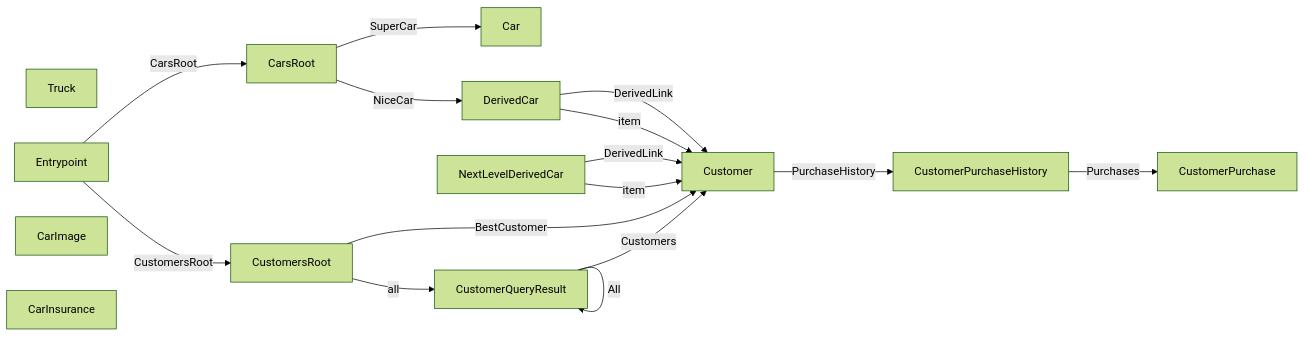
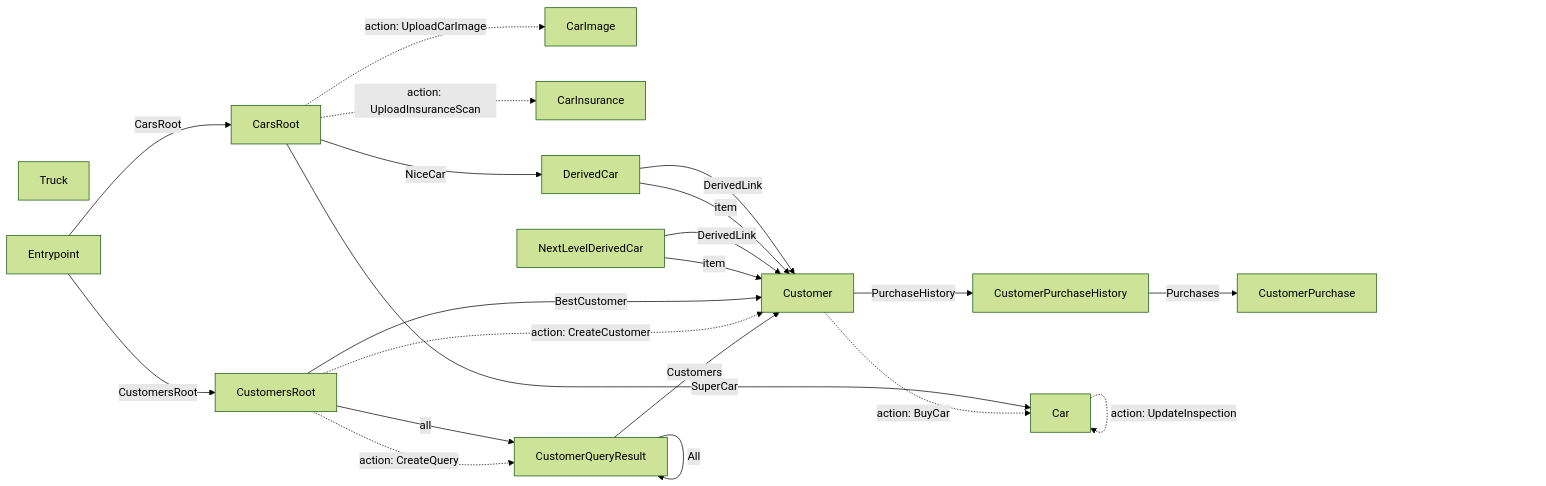
One commit to RESTyard/RESTyard changed the diagram in Source/CarShack/schema-output/api-documentation.md. Above: the diagram before and after it, drawn with Mermaid (forest theme). The commit also changed 7 other files, not shown here.

Commit message:
Add action result edges to Mermaid diagrams Step 2.15.1: Visualize action results in API map and class diagram. - API map: dashed edges with "action:" prefix for actions with ResultName - Class diagram: actions show return type (e.g., CreateQuery(params) CustomerQueryResult)

````diff
--- a/Source/CarShack/schema-output/api-documentation.md
+++ b/Source/CarShack/schema-output/api-documentation.md
@@ -35,34 +35,40 @@
 ```mermaid
 graph LR
     Truck["Truck"]
     Entrypoint["Entrypoint"]
     CarsRoot["CarsRoot"]
     Car["Car"]
     CarImage["CarImage"]
     CarInsurance["CarInsurance"]
     DerivedCar["DerivedCar"]
     NextLevelDerivedCar["NextLevelDerivedCar"]
     CustomersRoot["CustomersRoot"]
     CustomerPurchase["CustomerPurchase"]
     CustomerPurchaseHistory["CustomerPurchaseHistory"]
     Customer["Customer"]
     CustomerQueryResult["CustomerQueryResult"]
 
     Entrypoint -- "CustomersRoot" --> CustomersRoot
     Entrypoint -- "CarsRoot" --> CarsRoot
     CarsRoot -- "NiceCar" --> DerivedCar
     CarsRoot -- "SuperCar" --> Car
+    CarsRoot -. "action: UploadCarImage" .-> CarImage
+    CarsRoot -. "action: UploadInsuranceScan" .-> CarInsurance
+    Car -. "action: UpdateInspection" .-> Car
     DerivedCar -- "DerivedLink" --> Customer
     DerivedCar -- "item" --> Customer
     NextLevelDerivedCar -- "DerivedLink" --> Customer
     NextLevelDerivedCar -- "item" --> Customer
     CustomersRoot -- "all" --> CustomerQueryResult
     CustomersRoot -- "BestCustomer" --> Customer
+    CustomersRoot -. "action: CreateCustomer" .-> Customer
+    CustomersRoot -. "action: CreateQuery" .-> CustomerQueryResult
     CustomerPurchaseHistory -- "Purchases" --> CustomerPurchase
     Customer -- "PurchaseHistory" --> CustomerPurchaseHistory
+    Customer -. "action: BuyCar" .-> Car
     CustomerQueryResult -- "Next" --> CustomerQueryResult
     CustomerQueryResult -- "Previous" --> CustomerQueryResult
     CustomerQueryResult -- "Last" --> CustomerQueryResult
     CustomerQueryResult -- "All" --> CustomerQueryResult
     CustomerQueryResult -- "Customers" --> Customer
 ```
````
